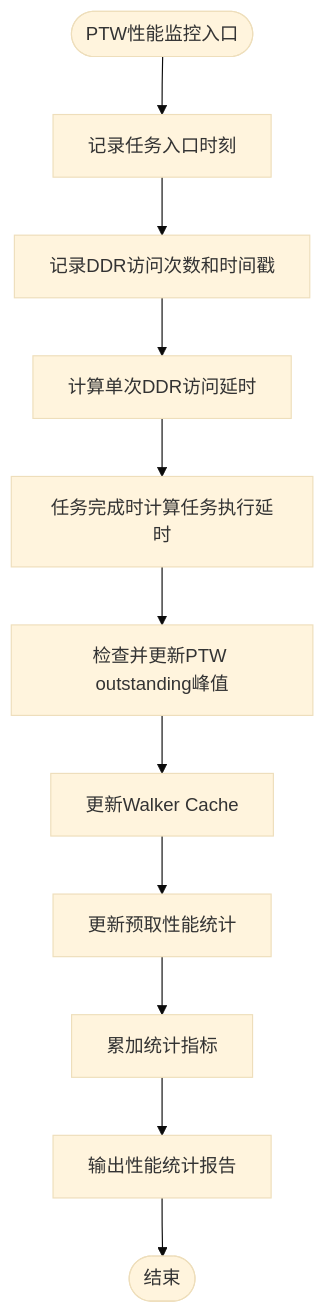
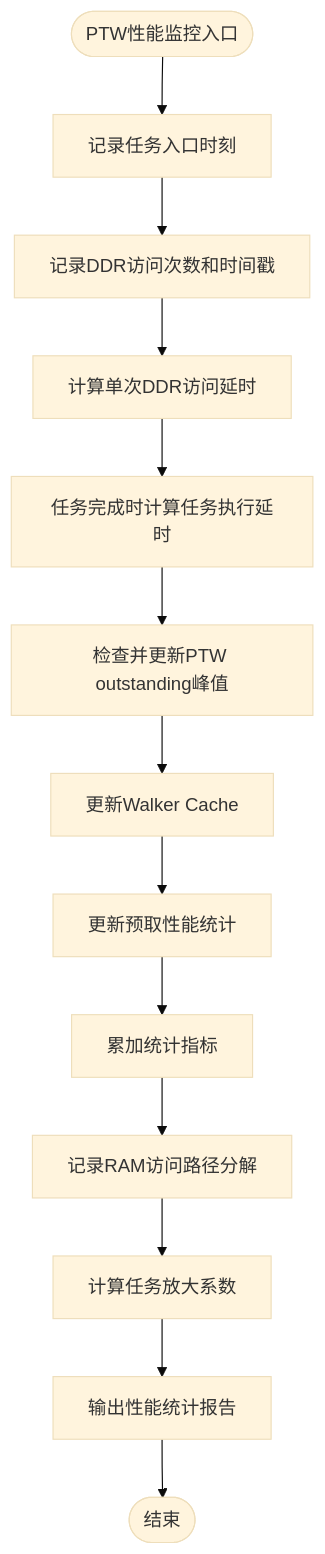
One commit to jiangjiang1122/iommu_model_20260401_v1 changed diagram 13 of 18 in .qoder/repowiki/zh/content/性能模型实现/性能模型实现.md. Above: the diagram before and after it, drawn with Mermaid (base theme). The commit also changed other lines of this file and 25 other files, not shown here.

````diff
--- a/.qoder/repowiki/zh/content/性能模型实现/性能模型实现.md
+++ b/.qoder/repowiki/zh/content/性能模型实现/性能模型实现.md
@@ -543,13 +560,15 @@
 ```mermaid
 flowchart TD
 Start(["PTW性能监控入口"]) --> TaskStart["记录任务入口时刻"]
 TaskStart --> DDRAccess["记录DDR访问次数和时间戳"]
 DDRAccess --> LatencyCalc["计算单次DDR访问延时"]
 LatencyCalc --> TaskComplete["任务完成时计算任务执行延时"]
 TaskComplete --> PeakCheck["检查并更新PTW outstanding峰值"]
 PeakCheck --> WalkerUpdate["更新Walker Cache"]
 WalkerUpdate --> PrefetchStats["更新预取性能统计"]
 PrefetchStats --> StatsAccumulate["累加统计指标"]
-StatsAccumulate --> Report["输出性能统计报告"]
+StatsAccumulate --> RAMPath["记录RAM访问路径分解"]
+RAMPath --> Amplification["计算任务放大系数"]
+Amplification --> Report["输出性能统计报告"]
 Report --> End(["结束"])
 ```
````
